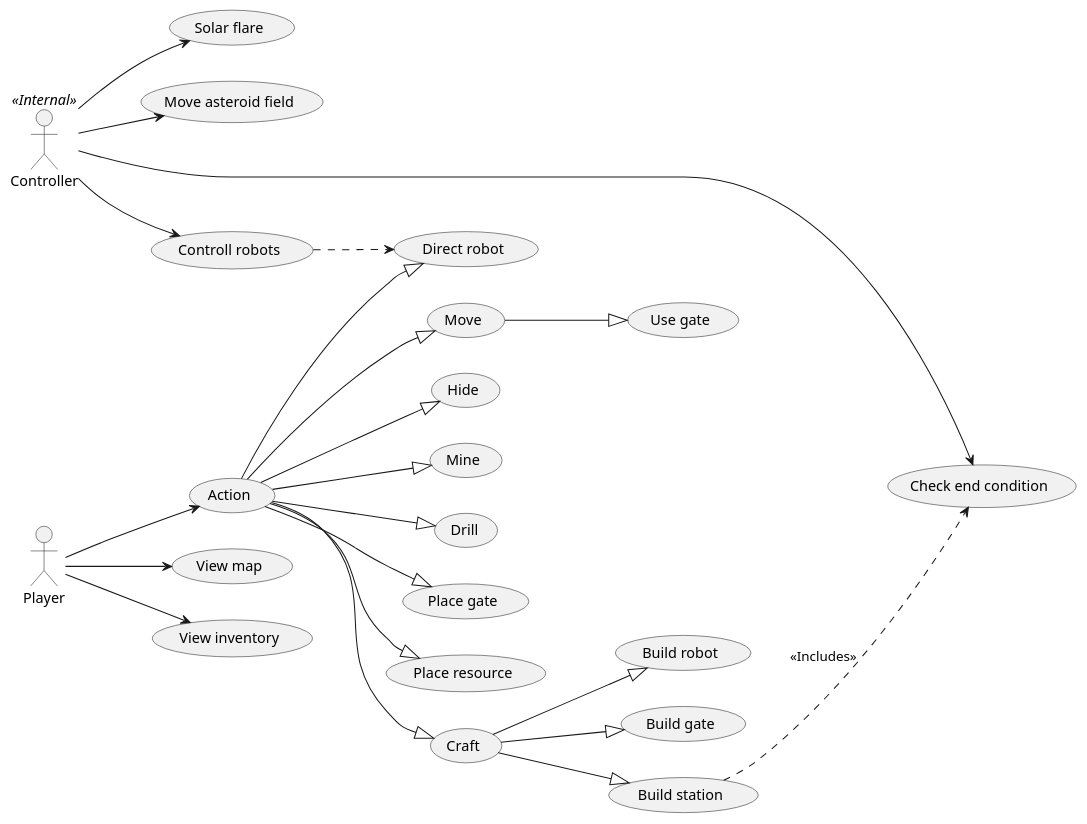
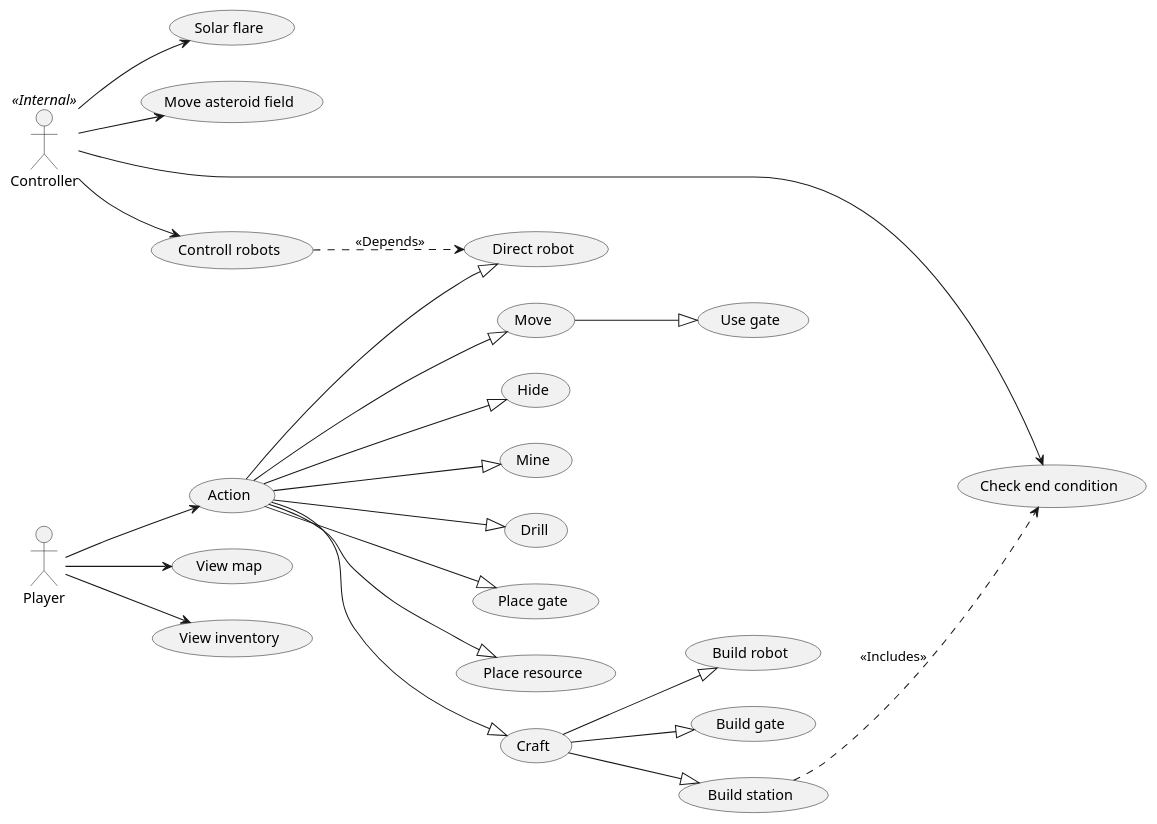
The diagram in docs/1_Project/use-case.puml (viseguard-studios/Documentation), drawn with PlantUML before and after one commit. The commit also changed 1 other file, not shown here.

Commit message:
Hopefully fix UML

```diff
--- a/docs/1_Project/use-case.puml
+++ b/docs/1_Project/use-case.puml
@@ -1,73 +1,73 @@
 @startuml use-case
 left to right direction
 
 actor Player as p
 
 actor Controller as c << Internal >>
 
 usecase "Action" as Action
 p --> Action
 
 usecase "View map" as UC4
 p --> UC4
 
 usecase "View inventory" as UC12
 p --> UC12
 
 
 usecase "Move" as Move
 Action --|> Move
 
 usecase "Use gate" as Use_Gate
 Move --|> Use_Gate
 
 
 usecase "Hide" as Hide
 Action --|> Hide
 
 usecase "Mine" as Mine
 Action --|> Mine
 
 usecase "Drill" as Drill
 Action --|> Drill
 
 usecase "Place gate" as Place_Gate
 Action --|> Place_Gate
 
 usecase "Place resource" as Place_Resource
 Action --|> Place_Resource
 
 usecase "Direct robot" as Direct_Robot
 Action --|> Direct_Robot
 
 usecase "Craft" as Craft
 Action --|> Craft
 
 usecase "Build robot" as Build_Bot
 Craft --|> Build_Bot
 
 usecase "Build gate" as Build_Gate
 Craft --|> Build_Gate
 
 usecase "Build station" as Build_Station
 Craft --|> Build_Station
 
 
 
 
 
 usecase "Controll robots" as UC5
 c --> UC5
-UC5 ..> Direct_Robot <<Depends>>
+UC5 ..> Direct_Robot : <<Depends>>
 
 usecase "Solar flare" as Solar_Flare
 c --> Solar_Flare
 
 usecase "Move asteroid field" as Move_Belt
 c --> Move_Belt
 
 usecase "Check end condition" as End_condition
 c --> End_condition
 Build_Station ..> End_condition : <<Includes>>
 
 @enduml
```
